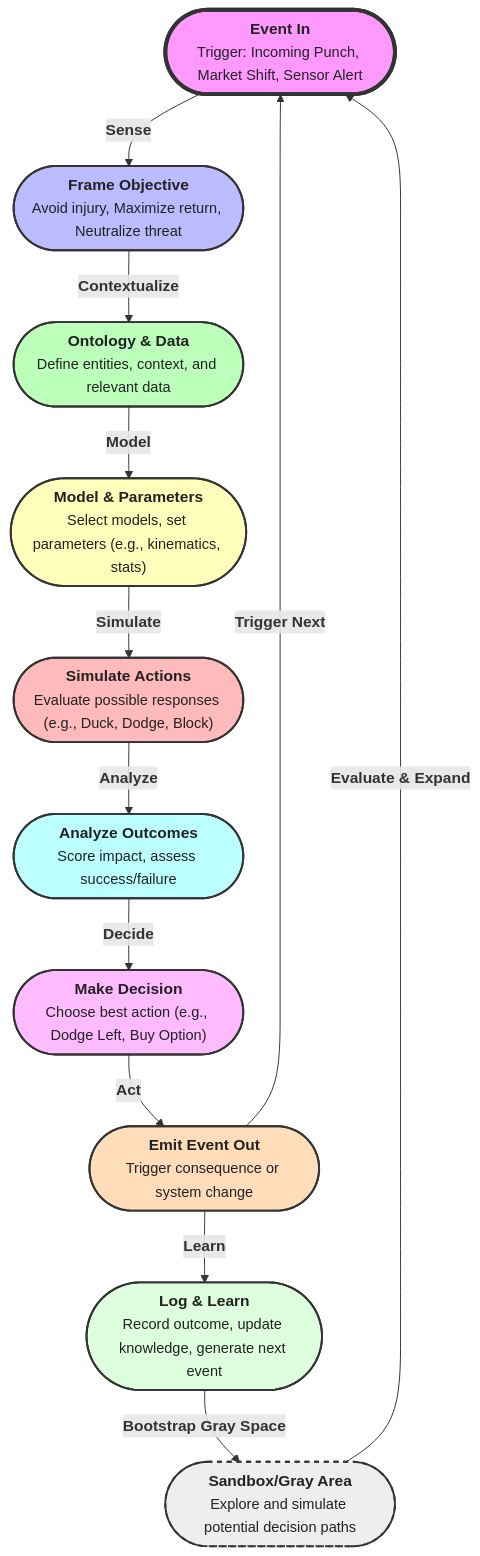
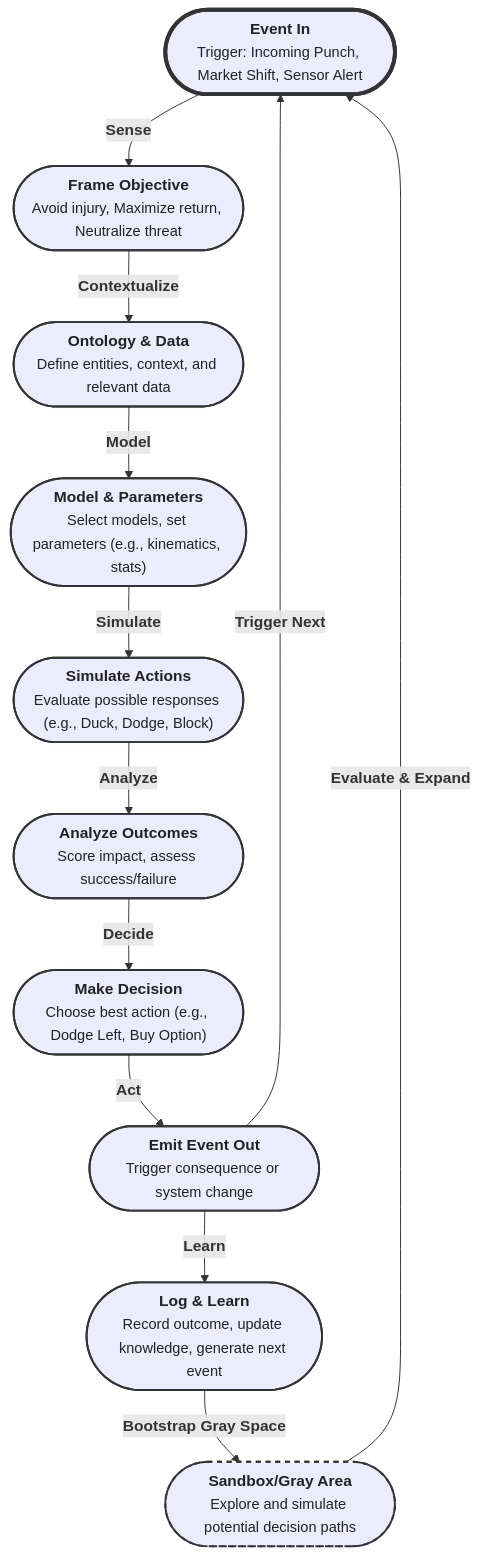
Before and after one commit to laserpointlabs/dadms: the first of 2 diagrams in docs/eds_punch_process_whitepaper.md, drawn with Mermaid.

Commit message:
fix: Update EDS white paper diagram styles for improved clarity and consistency in visual representation

````diff
--- a/docs/eds_punch_process_whitepaper.md
+++ b/docs/eds_punch_process_whitepaper.md
@@ -90,36 +90,36 @@
 ```mermaid
 flowchart TD
     A(["<b>Event In</b><br><span style='font-size:15px;color:#555;'>Trigger: Incoming Punch, Market Shift, Sensor Alert</span>"]) 
     -->|<b>Sense</b>| B(["<b>Frame Objective</b><br><span style='font-size:15px;color:#555;'>Avoid injury, Maximize return, Neutralize threat</span>"])
     B -->|<b>Contextualize</b>| C(["<b>Ontology & Data</b><br><span style='font-size:15px;color:#555;'>Define entities, context, and relevant data</span>"])
     C -->|<b>Model</b>| D(["<b>Model & Parameters</b><br><span style='font-size:15px;color:#555;'>Select models, set parameters (e.g., kinematics, stats)</span>"])
     D -->|<b>Simulate</b>| E(["<b>Simulate Actions</b><br><span style='font-size:15px;color:#555;'>Evaluate possible responses (e.g., Duck, Dodge, Block)</span>"])
     E -->|<b>Analyze</b>| F(["<b>Analyze Outcomes</b><br><span style='font-size:15px;color:#555;'>Score impact, assess success/failure</span>"])
     F -->|<b>Decide</b>| G(["<b>Make Decision</b><br><span style='font-size:15px;color:#555;'>Choose best action (e.g., Dodge Left, Buy Option)</span>"])
     G -->|<b>Act</b>| H(["<b>Emit Event Out</b><br><span style='font-size:15px;color:#555;'>Trigger consequence or system change</span>"])
     H -->|<b>Learn</b>| I(["<b>Log & Learn</b><br><span style='font-size:15px;color:#555;'>Record outcome, update knowledge, generate next event</span>"])
     I -->|<b>Bootstrap Gray Space</b>| J(["<b>Sandbox/Gray Area</b><br><span style='font-size:15px;color:#555;'>Explore and simulate potential decision paths</span>"])
     J -->|<b>Evaluate & Expand</b>| A
     H -->|<b>Trigger Next</b>| A
 
-    classDef event fill:#f9f,stroke:#333,stroke-width:4px,color:#222;
-    classDef objective fill:#bbf,stroke:#333,stroke-width:2px,color:#222;
-    classDef ontology fill:#bfb,stroke:#333,stroke-width:2px,color:#222;
-    classDef model fill:#ffb,stroke:#333,stroke-width:2px,color:#222;
-    classDef simulate fill:#fbb,stroke:#333,stroke-width:2px,color:#222;
-    classDef analyze fill:#bff,stroke:#333,stroke-width:2px,color:#222;
-    classDef decide fill:#fbf,stroke:#333,stroke-width:2px,color:#222;
-    classDef emit fill:#fdb,stroke:#333,stroke-width:2px,color:#222;
-    classDef log fill:#dfd,stroke:#333,stroke-width:2px,color:#222;
-    classDef sandbox fill:#eee,stroke:#333,stroke-width:2px,stroke-dasharray: 5 5,color:#222;
+    classDef event stroke:#333,stroke-width:4px,color:#222;
+    classDef objective stroke:#333,stroke-width:2px,color:#222;
+    classDef ontology stroke:#333,stroke-width:2px,color:#222;
+    classDef model stroke:#333,stroke-width:2px,color:#222;
+    classDef simulate stroke:#333,stroke-width:2px,color:#222;
+    classDef analyze stroke:#333,stroke-width:2px,color:#222;
+    classDef decide stroke:#333,stroke-width:2px,color:#222;
+    classDef emit stroke:#333,stroke-width:2px,color:#222;
+    classDef log stroke:#333,stroke-width:2px,color:#222;
+    classDef sandbox stroke:#333,stroke-width:2px,stroke-dasharray: 5 5,color:#222;
     class A event;
     class B objective;
     class C ontology;
     class D model;
     class E simulate;
     class F analyze;
     class G decide;
     class H emit;
     class I log;
     class J sandbox;
 ```
````
